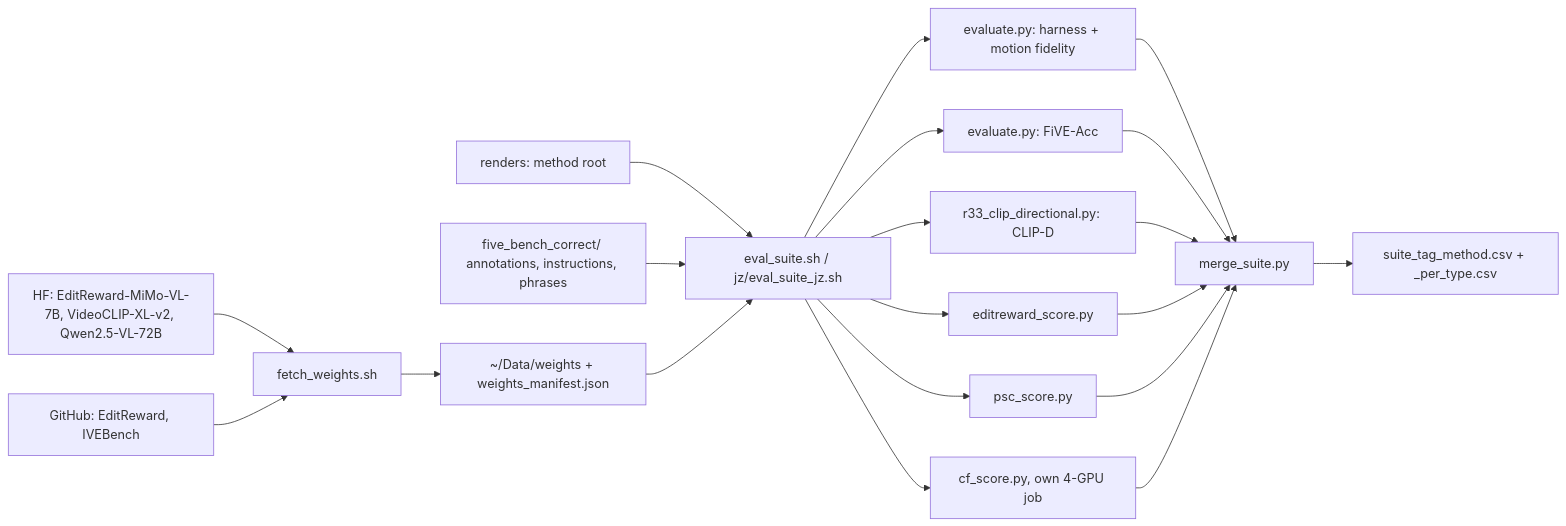
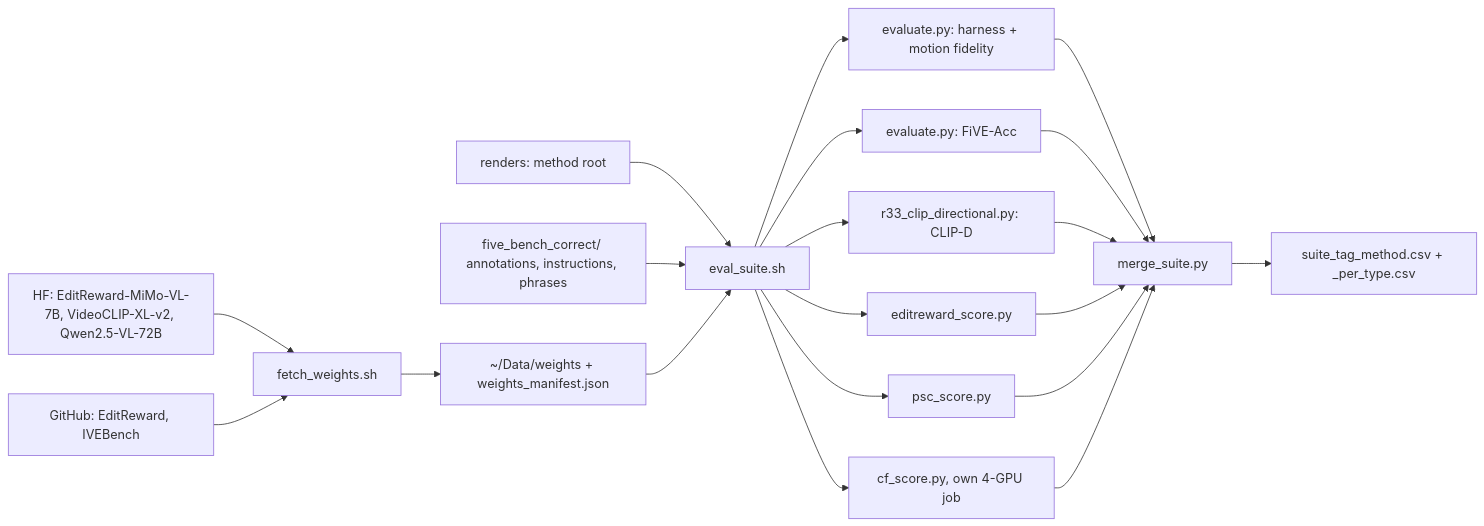
The diagram in .claude/plans/r57-unified-metric-pipeline_461c2f5a.plan.md (skhairi2k/StreamEdit_new), drawn with Mermaid before and after one commit. The commit also changed other lines of this file and 217 other files, not shown here.

````diff
--- a/.claude/plans/r57-unified-metric-pipeline_461c2f5a.plan.md
+++ b/.claude/plans/r57-unified-metric-pipeline_461c2f5a.plan.md
@@ -206,21 +162,21 @@
 ```mermaid
 flowchart LR
   HF[HF: EditReward-MiMo-VL-7B, VideoCLIP-XL-v2, Qwen2.5-VL-72B] --> FW[fetch_weights.sh] --> W[~/Data/weights + weights_manifest.json]
   GH[GitHub: EditReward, IVEBench] --> FW
-  R[renders: method root] --> S[eval_suite.sh / jz/eval_suite_jz.sh]
+  R[renders: method root] --> S[eval_suite.sh]
   A[five_bench_correct/ annotations, instructions, phrases] --> S
   W --> S
   S --> H[evaluate.py: harness + motion fidelity]
   S --> F[evaluate.py: FiVE-Acc]
   S --> C[r33_clip_directional.py: CLIP-D]
   S --> E[editreward_score.py]
   S --> P[psc_score.py]
   S --> Q[cf_score.py, own 4-GPU job]
   H --> M[merge_suite.py]
   F --> M
   C --> M
   E --> M
   P --> M
   Q --> M
   M --> O[suite_tag_method.csv + _per_type.csv]
 ```
````
